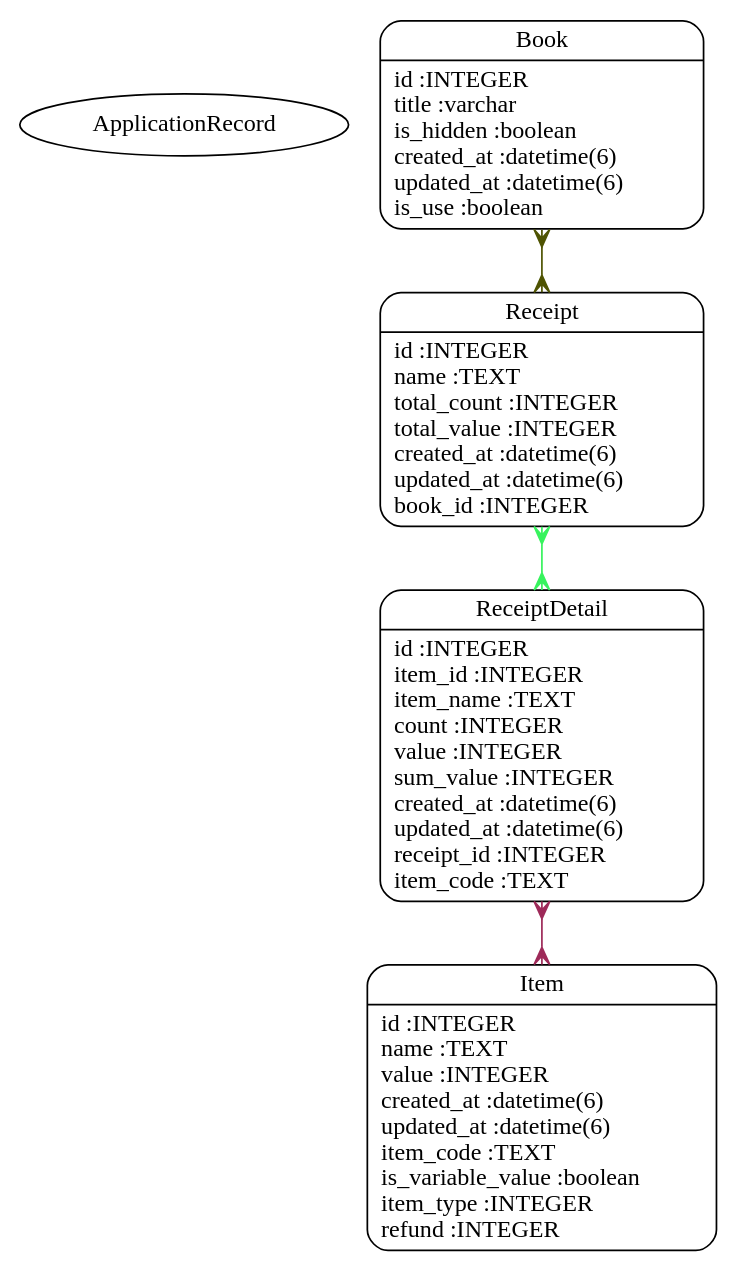
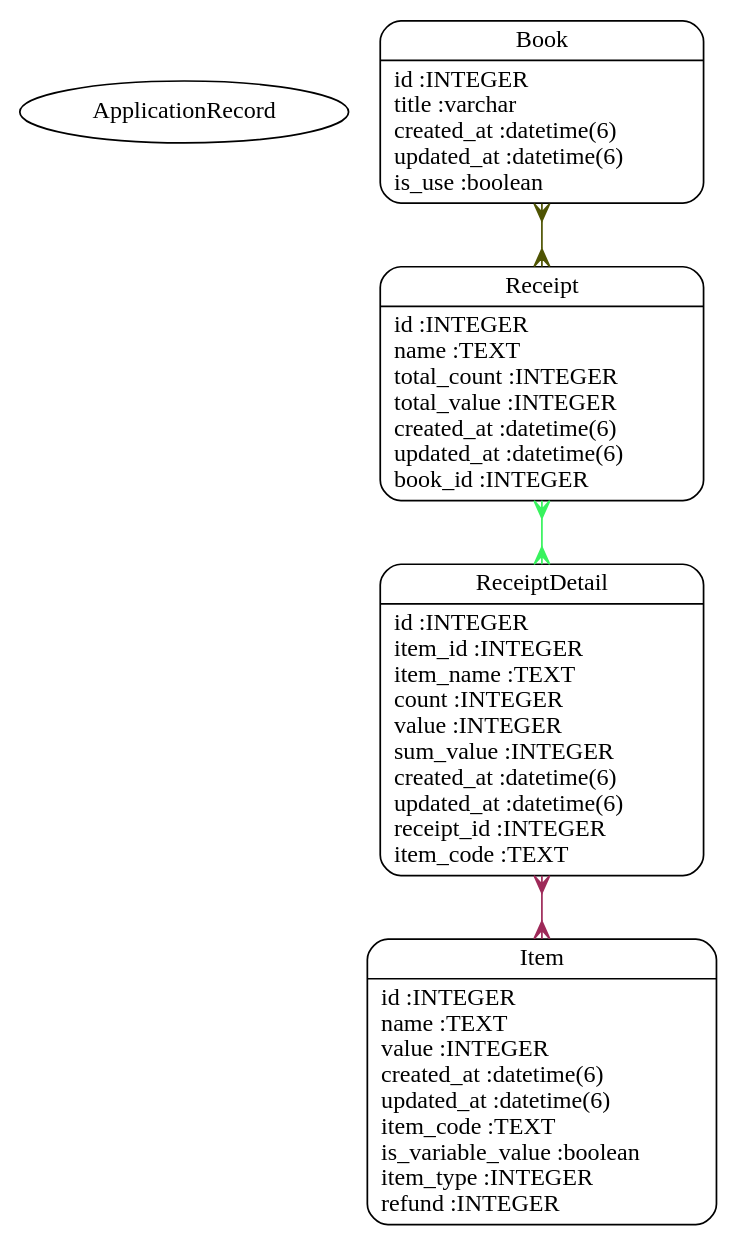
One commit to kusanaginoturugi/itementry changed the diagram in doc/er_diagram.dot. Above: the diagram before and after it, drawn with Graphviz. The commit also changed 16 other files, not shown here.

```diff
--- a/doc/er_diagram.dot
+++ b/doc/er_diagram.dot
@@ -1,11 +1,11 @@
 digraph models_diagram {
 	graph[overlap=false, splines=true, bgcolor="none"]
 	"ApplicationRecord" []
-	"Book" [shape=Mrecord, label="{Book|id :INTEGER\ltitle :varchar\lis_hidden :boolean\lcreated_at :datetime(6)\lupdated_at :datetime(6)\lis_use :boolean\l}"]
+	"Book" [shape=Mrecord, label="{Book|id :INTEGER\ltitle :varchar\lcreated_at :datetime(6)\lupdated_at :datetime(6)\lis_use :boolean\l}"]
 	"Item" [shape=Mrecord, label="{Item|id :INTEGER\lname :TEXT\lvalue :INTEGER\lcreated_at :datetime(6)\lupdated_at :datetime(6)\litem_code :TEXT\lis_variable_value :boolean\litem_type :INTEGER\lrefund :INTEGER\l}"]
 	"Receipt" [shape=Mrecord, label="{Receipt|id :INTEGER\lname :TEXT\ltotal_count :INTEGER\ltotal_value :INTEGER\lcreated_at :datetime(6)\lupdated_at :datetime(6)\lbook_id :INTEGER\l}"]
 	"ReceiptDetail" [shape=Mrecord, label="{ReceiptDetail|id :INTEGER\litem_id :INTEGER\litem_name :TEXT\lcount :INTEGER\lvalue :INTEGER\lsum_value :INTEGER\lcreated_at :datetime(6)\lupdated_at :datetime(6)\lreceipt_id :INTEGER\litem_code :TEXT\l}"]
 	"Book" -> "Receipt" [arrowtail=crow, arrowhead=crow, dir=both color="#4F5403"]
 	"Receipt" -> "ReceiptDetail" [arrowtail=crow, arrowhead=crow, dir=both color="#38F35E"]
 	"ReceiptDetail" -> "Item" [arrowtail=crow, arrowhead=crow, dir=both color="#9E2A59"]
 }
```
